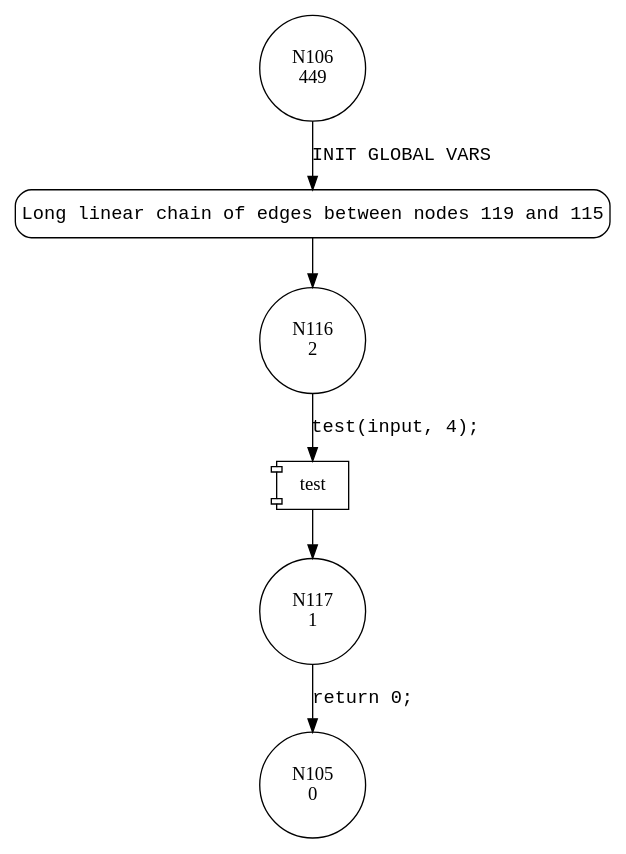
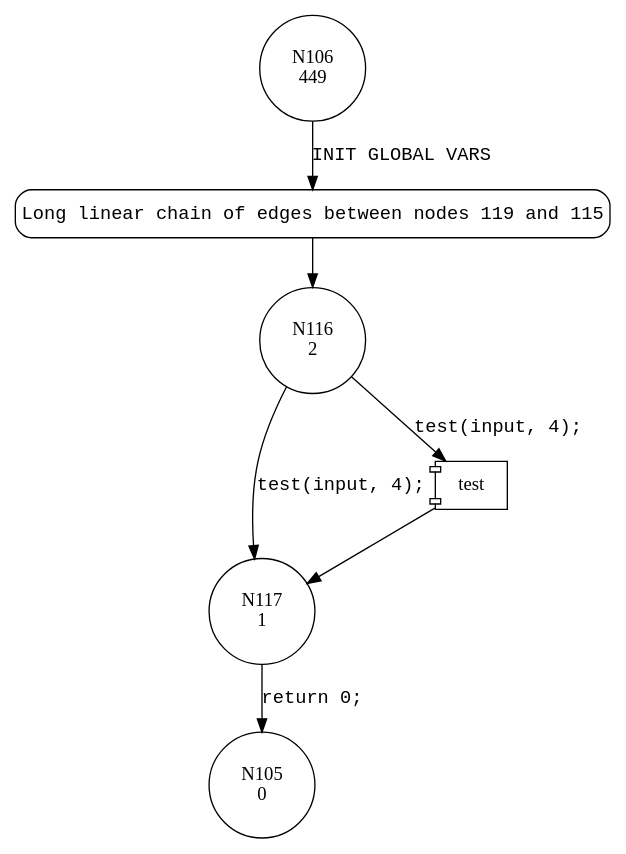
The diagram in results/sort/cpachecker/output/cfa/cfa__main.dot (joykhera/810-final-project), drawn with Graphviz before and after one commit. The commit also changed 1742 other files, not shown here.

```diff
--- a/results/sort/cpachecker/output/cfa/cfa__main.dot
+++ b/results/sort/cpachecker/output/cfa/cfa__main.dot
@@ -1,14 +1,15 @@
 digraph main {
 106 [shape="circle" label="N106\n449"]
 119 [shape="circle" label="N119\n448"]
 116 [shape="circle" label="N116\n2"]
 117 [shape="circle" label="N117\n1"]
 105 [shape="circle" label="N105\n0"]
 119 [style="filled,bold" penwidth="1" fillcolor="white" fontname="Courier New" shape="Mrecord" label="Long linear chain of edges between nodes 119 and 115"]
 119 -> 116[label=""]
 106 -> 119 [label="INIT GLOBAL VARS" fontname="Courier New"]
 100004 [shape="component" label="test"]
 116 -> 100004 [label="test(input, 4);" fontname="Courier New"]
 100004 -> 117 [label="" fontname="Courier New"]
+116 -> 117 [label="test(input, 4);" fontname="Courier New"]
 117 -> 105 [label="return 0;" fontname="Courier New"]
 }
```
